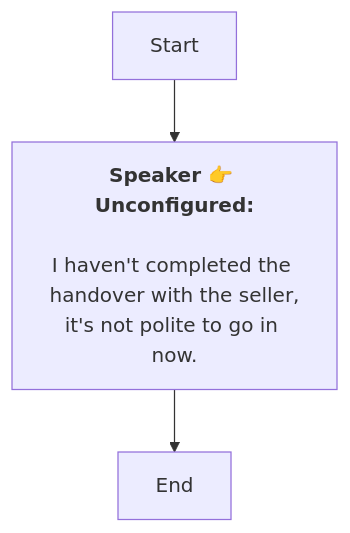
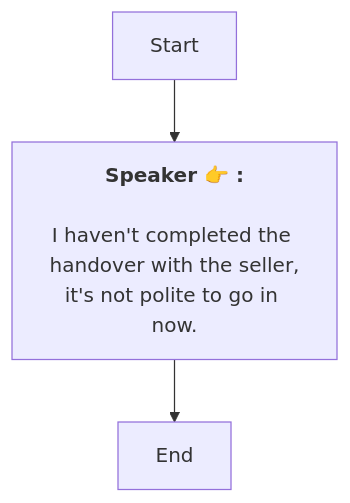
Before and after one commit to SoftHu/tos_avg: the diagram in En/HotelLocked.md, drawn with Mermaid. The commit also changed 737 other files, not shown here.

````diff
--- a/En/HotelLocked.md
+++ b/En/HotelLocked.md
@@ -1,9 +1,8 @@
 ```mermaid
 graph
-Start -->1738457327230061[<b>Speaker 👉 Unconfigured:</b>
-
-I haven't completed the handover with the seller,
+Start -->1738457327230061[<b>Speaker 👉 :</b>
+\nI haven't completed the handover with the seller,
 it's not polite to go in now.]
 1738457327230061 -->1738457337441390[End]
 
- ```
+```
````
